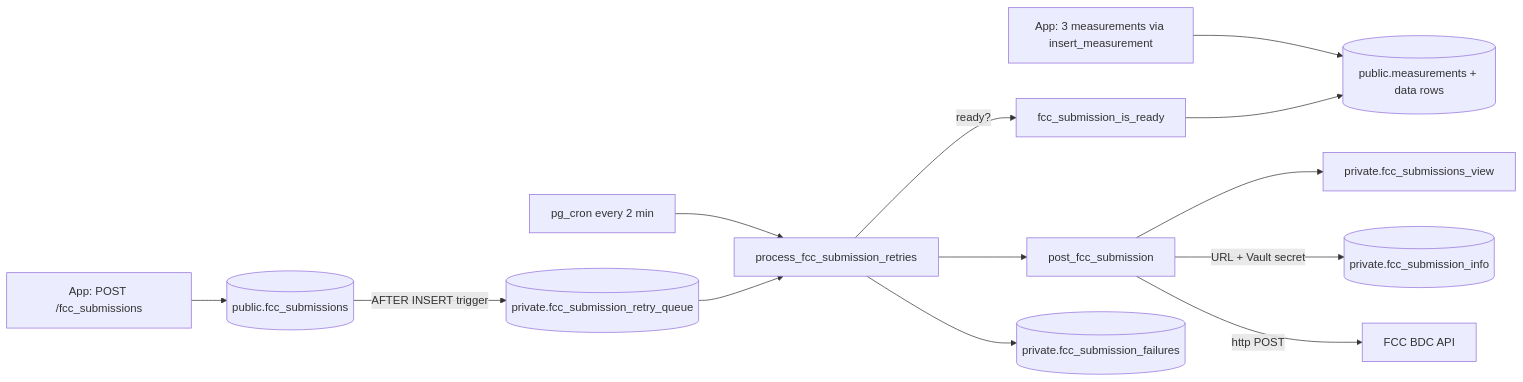
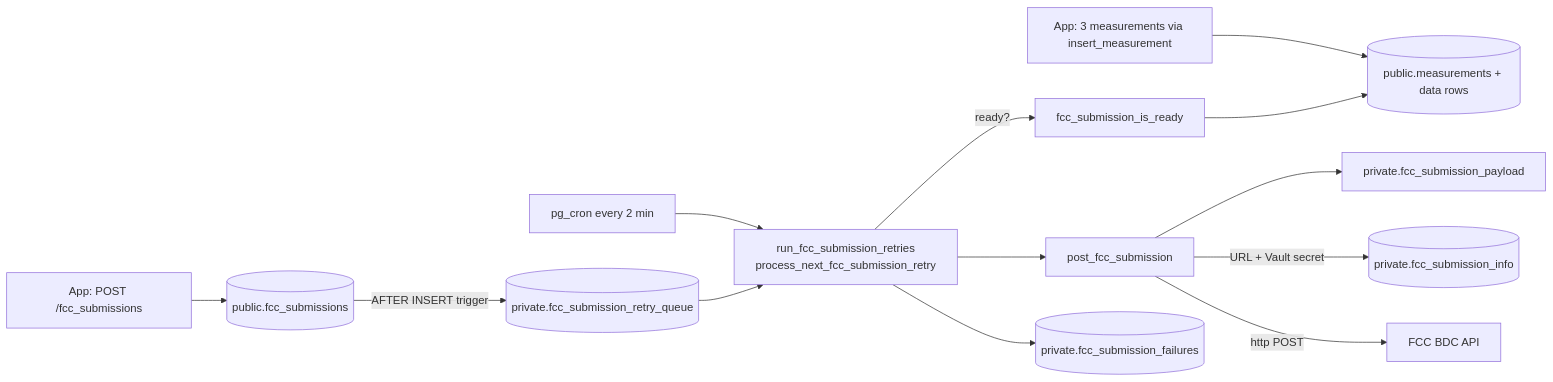
The first of 2 diagrams in docs/supabase/fcc-submission-pipeline.md (CellWatch/cellwatch-app), drawn with Mermaid before and after one commit. The commit also changed other lines of this file and 22 other files, not shown here.

````diff
--- a/docs/supabase/fcc-submission-pipeline.md
+++ b/docs/supabase/fcc-submission-pipeline.md
@@ -11,15 +13,15 @@
 ```mermaid
 flowchart LR
     A[App: 3 measurements via insert_measurement] --> B[(public.measurements + data rows)]
     C[App: POST /fcc_submissions] --> D[(public.fcc_submissions)]
     D -- AFTER INSERT trigger --> Q[(private.fcc_submission_retry_queue)]
-    J[pg_cron every 2 min] --> P[process_fcc_submission_retries]
+    J[pg_cron every 2 min] --> P[run_fcc_submission_retries<br/>process_next_fcc_submission_retry]
     Q --> P
     P -- ready? --> R[fcc_submission_is_ready]
     R --> B
     P --> S[post_fcc_submission]
-    S --> V[private.fcc_submissions_view]
+    S --> V[private.fcc_submission_payload]
     S -- URL + Vault secret --> I[(private.fcc_submission_info)]
     S -- http POST --> F[FCC BDC API]
     P --> L[(private.fcc_submission_failures)]
 ```
````
